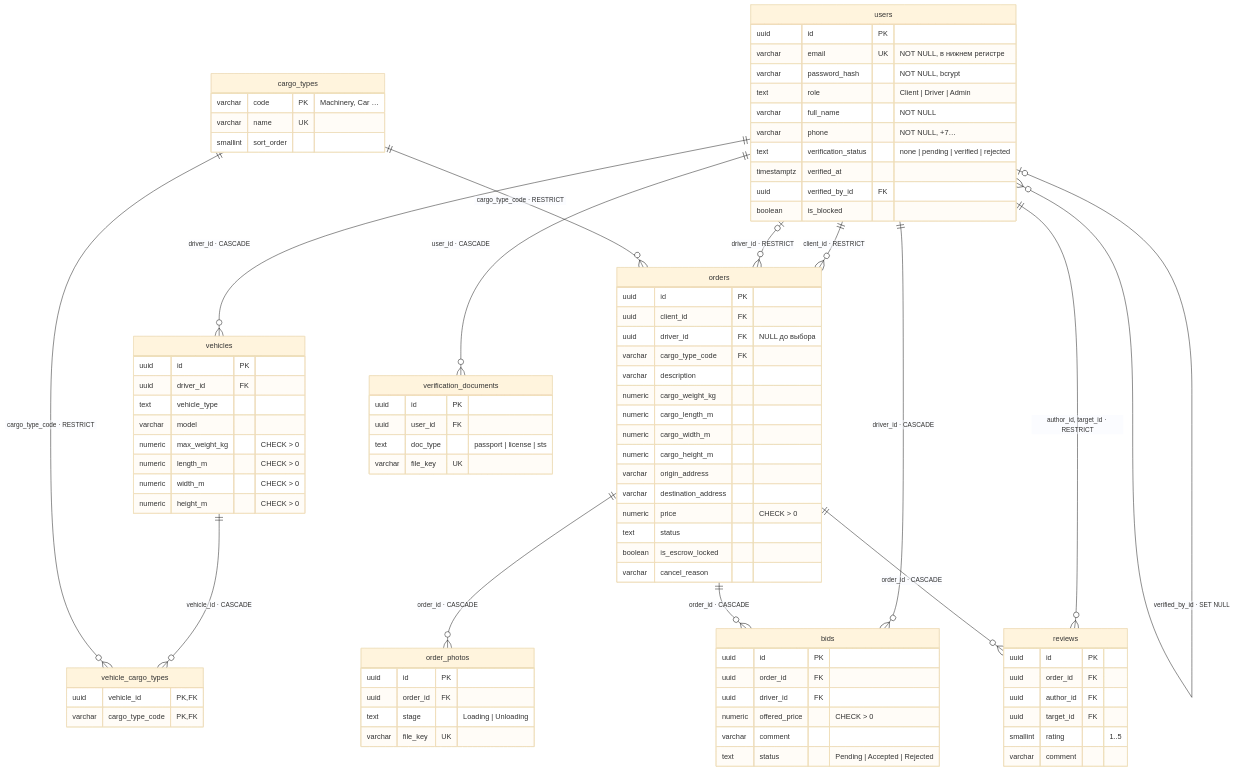
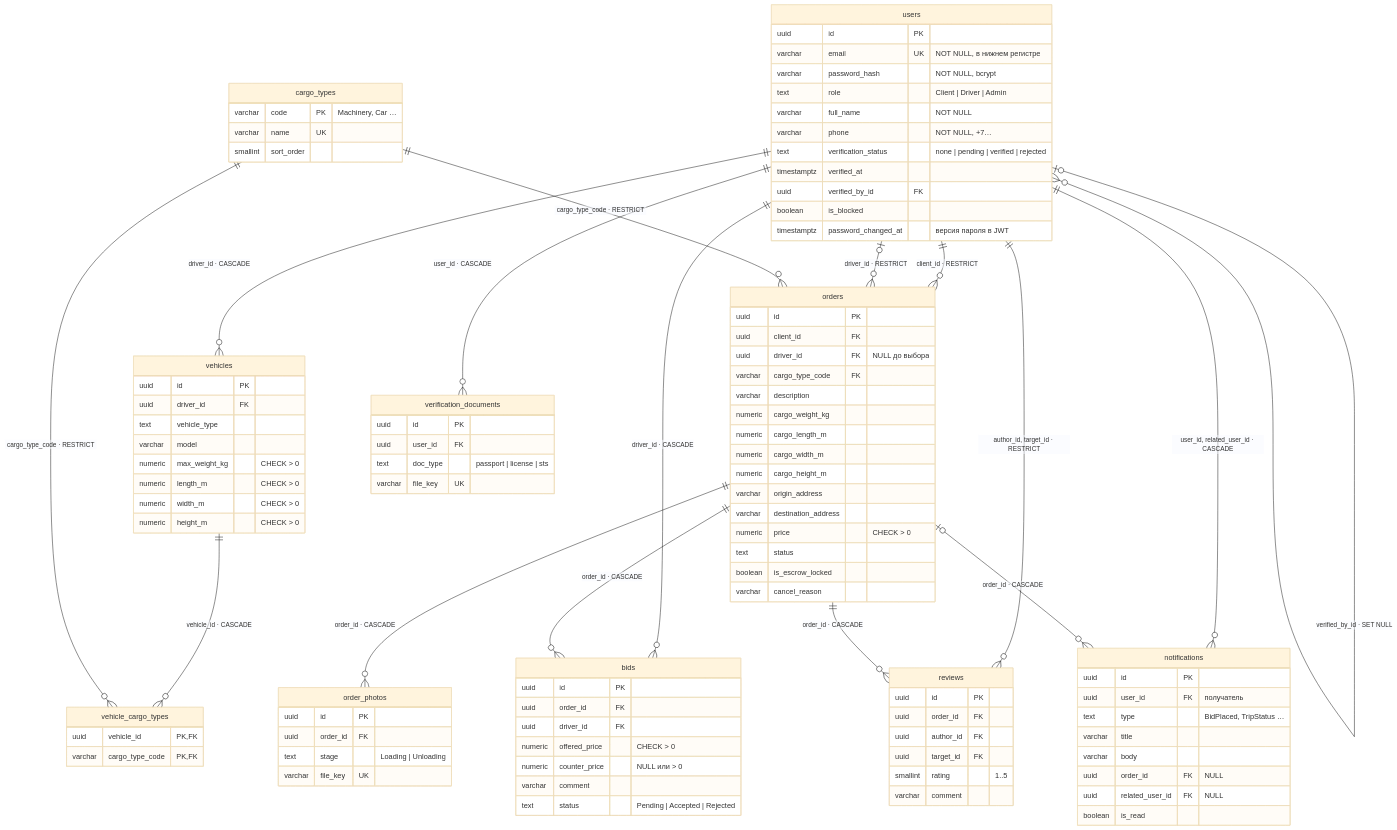
Before and after one commit to Sel1vanov/Dock-app: the diagram in docs/DATABASE.md, drawn with Mermaid (base theme). The commit also changed other lines of this file and 7 other files, not shown here.

````diff
--- a/docs/DATABASE.md
+++ b/docs/DATABASE.md
@@ -21,6 +21,8 @@
   orders ||--o{ bids : "order_id · CASCADE"
   orders ||--o{ order_photos : "order_id · CASCADE"
   orders ||--o{ reviews : "order_id · CASCADE"
+  users ||--o{ notifications : "user_id, related_user_id · CASCADE"
+  orders |o--o{ notifications : "order_id · CASCADE"
 
   users {
     uuid id PK
@@ -33,6 +35,7 @@
     timestamptz verified_at
     uuid verified_by_id FK
     boolean is_blocked
+    timestamptz password_changed_at "версия пароля в JWT"
   }
   cargo_types {
     varchar code PK "Machinery, Car …"
@@ -75,6 +78,7 @@
     uuid order_id FK
     uuid driver_id FK
     numeric offered_price "CHECK > 0"
+    numeric counter_price "NULL или > 0"
     varchar comment
     text status "Pending | Accepted | Rejected"
   }
@@ -98,4 +102,14 @@
     text doc_type "passport | license | sts"
     varchar file_key UK
   }
+  notifications {
+    uuid id PK
+    uuid user_id FK "получатель"
+    text type "BidPlaced, TripStatus …"
+    varchar title
+    varchar body
+    uuid order_id FK "NULL"
+    uuid related_user_id FK "NULL"
+    boolean is_read
+  }
 ```
````
